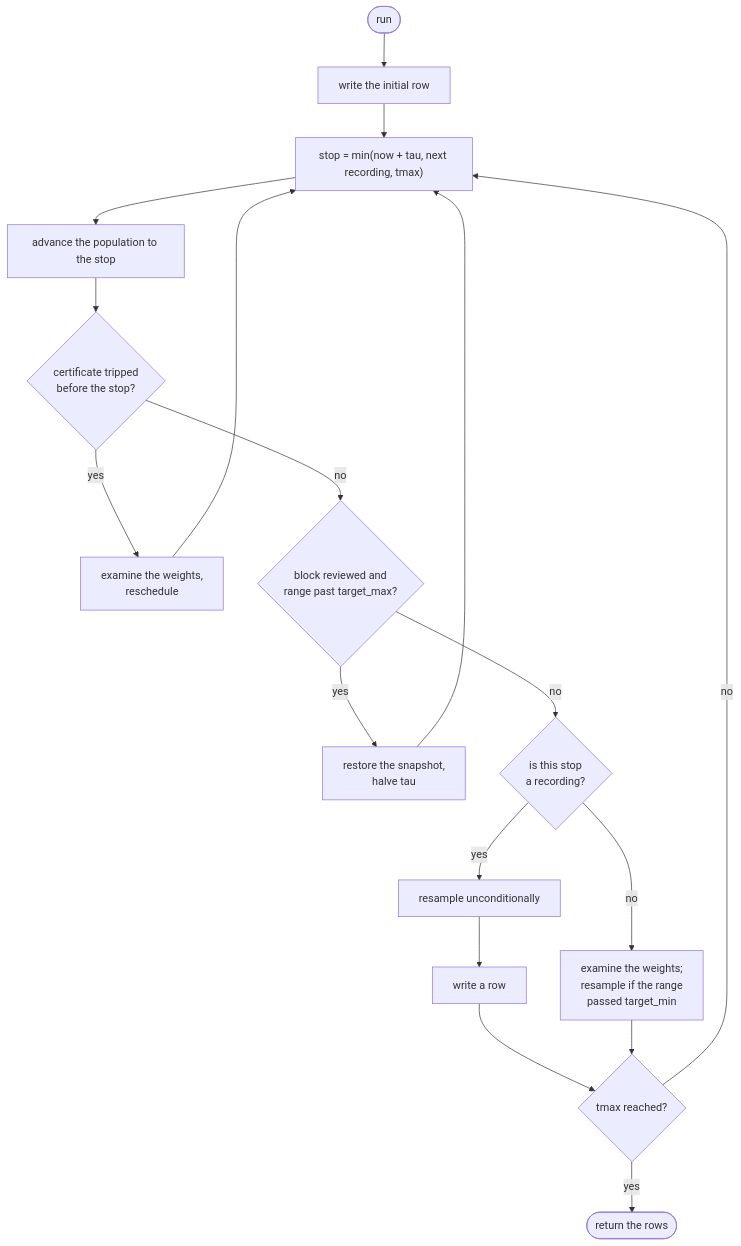
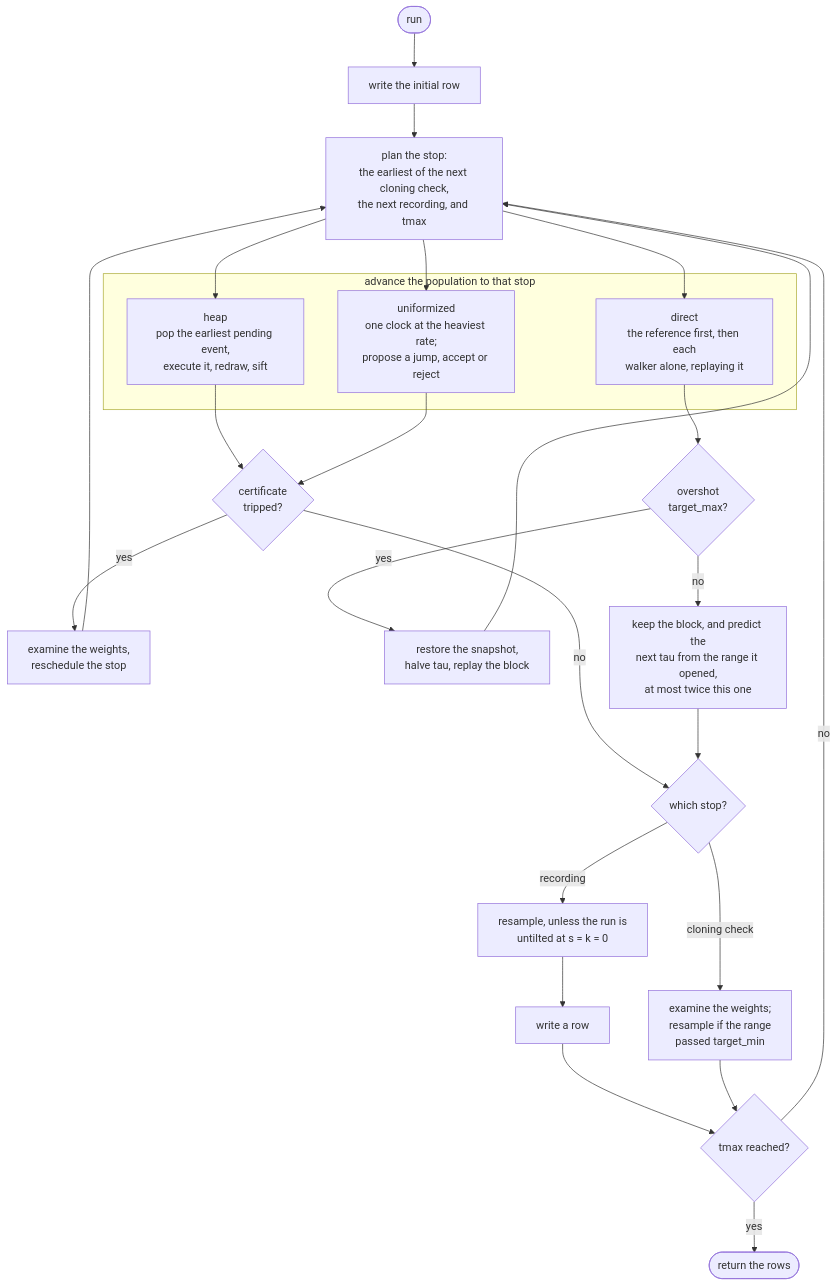
Before and after one commit to jcosta99/Rare-Events-Simulator: the second of 3 diagrams in Simulator/docs/SIMULATION_FLOW.md, drawn with Mermaid. The commit also changed other lines of this file, not shown here.

Commit message:
Flow Chart corrections

````diff
--- a/Simulator/docs/SIMULATION_FLOW.md
+++ b/Simulator/docs/SIMULATION_FLOW.md
@@ -37,15 +56,38 @@
 ```mermaid
 flowchart TD
-    start([run]) --> row0["write the initial row"]
-    row0 --> plan
-    plan["stop = min(now + tau, next recording, tmax)"] --> advance["advance the population to the stop"]
-    advance --> tripped{"certificate tripped<br/>before the stop?"}
-    tripped -->|yes| examine["examine the weights,<br/>reschedule"] --> plan
-    tripped -->|no| review{"block reviewed and<br/>range past target_max?"}
-    review -->|yes| rollback["restore the snapshot,<br/>halve tau"] --> plan
-    review -->|no| due{"is this stop<br/>a recording?"}
-    due -->|yes| clone["resample unconditionally"] --> record["write a row"] --> done
-    due -->|no| maybe["examine the weights;<br/>resample if the range<br/>passed target_min"] --> done
-    done{"tmax reached?"} -->|no| plan
-    done -->|yes| finish([return the rows])
+    start([run]) --> init["write the initial row"]
+    init --> plan["plan the stop:<br/>the earliest of the next cloning check,<br/>the next recording, and tmax"]
+
+    subgraph advance["advance the population to that stop"]
+        heap["heap<br/>pop the earliest pending event,<br/>execute it, redraw, sift"]
+        uni["uniformized<br/>one clock at the heaviest rate;<br/>propose a jump, accept or reject"]
+        dir["direct<br/>the reference first, then each<br/>walker alone, replaying it"]
+    end
+
+    plan --> heap
+    plan --> uni
+    plan --> dir
+
+    heap --> cert
+    uni --> cert
+    cert{"certificate<br/>tripped?"}
+    cert -->|yes| early["examine the weights,<br/>reschedule the stop"]
+    early --> plan
+    cert -->|no| kind
+
+    dir --> rev{"overshot<br/>target_max?"}
+    rev -->|yes| back["restore the snapshot,<br/>halve tau, replay the block"]
+    back --> plan
+    rev -->|no| grow["keep the block, and predict the<br/>next tau from the range it opened,<br/>at most twice this one"]
+    grow --> kind
+
+    kind{"which stop?"}
+    kind -->|recording| force["resample, unless the run is<br/>untilted at s = k = 0"]
+    force --> row["write a row"]
+    kind -->|cloning check| maybe["examine the weights;<br/>resample if the range<br/>passed target_min"]
+
+    row --> fin{"tmax reached?"}
+    maybe --> fin
+    fin -->|no| plan
+    fin -->|yes| out([return the rows])
 ```
````
